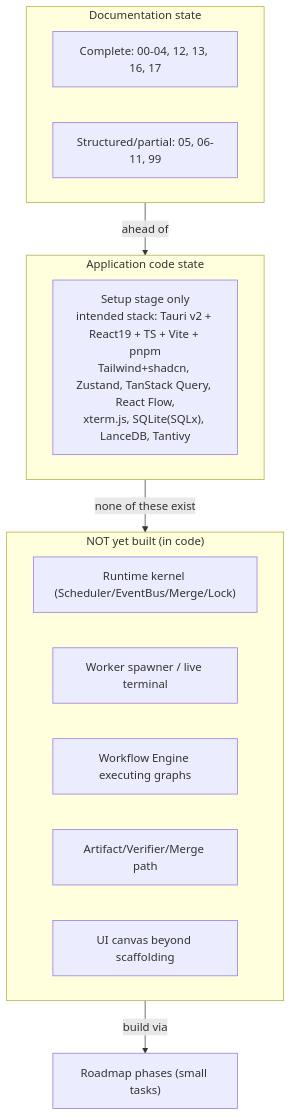
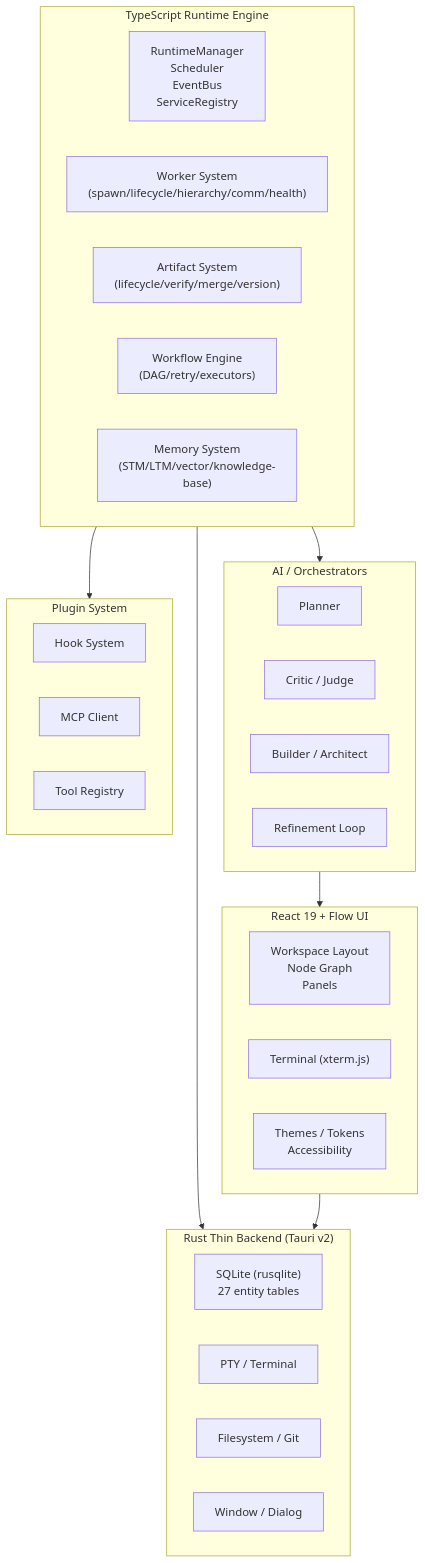
Before and after one commit to MadBlast0/Eulinx: the diagram in Docs/99-ai-context/ProjectState/ProjectState-Diagrams.md, drawn with Mermaid. The commit also changed other lines of this file and 9 other files, not shown here.

````diff
--- a/Docs/99-ai-context/ProjectState/ProjectState-Diagrams.md
+++ b/Docs/99-ai-context/ProjectState/ProjectState-Diagrams.md
@@ -11,20 +11,37 @@
 ```mermaid
 flowchart TD
-  subgraph DOC["Documentation state"]
-    DC["Complete: 00-04, 12, 13, 16, 17"]
-    DP["Structured/partial: 05, 06-11, 99"]
+  subgraph RUNTIME["TypeScript Runtime Engine"]
+    RT["RuntimeManager\nScheduler\nEventBus\nServiceRegistry"]
+    WK["Worker System\n(spawn/lifecycle/hierarchy/comm/health)"]
+    AF["Artifact System\n(lifecycle/verify/merge/version)"]
+    WF["Workflow Engine\n(DAG/retry/executors)"]
+    MEM["Memory System\n(STM/LTM/vector/knowledge-base)"]
   end
-  subgraph CODE["Application code state"]
-    CS["Setup stage only\nintended stack: Tauri v2 + React19 + TS + Vite + pnpm\nTailwind+shadcn, Zustand, TanStack Query, React Flow,\nxterm.js, SQLite(SQLx), LanceDB, Tantivy"]
+  subgraph ORCH["AI / Orchestrators"]
+    PL["Planner"]
+    CR["Critic / Judge"]
+    BL["Builder / Architect"]
+    RL["Refinement Loop"]
   end
-  subgraph NOTBUILT["NOT yet built (in code)"]
-    NB1["Runtime kernel (Scheduler/EventBus/Merge/Lock)"]
-    NB2["Worker spawner / live terminal"]
-    NB3["Workflow Engine executing graphs"]
-    NB4["Artifact/Verifier/Merge path"]
-    NB5["UI canvas beyond scaffolding"]
+  subgraph UI["React 19 + Flow UI"]
+    WS["Workspace Layout\nNode Graph\nPanels"]
+    TERM["Terminal (xterm.js)"]
+    TK["Themes / Tokens\nAccessibility"]
   end
-  DOC -->|"ahead of"| CODE
-  CODE -->|"none of these exist"| NOTBUILT
-  NOTBUILT -->|"build via"| ROAD["Roadmap phases (small tasks)"]
+  subgraph RUST["Rust Thin Backend (Tauri v2)"]
+    DB["SQLite (rusqlite)\n27 entity tables"]
+    PTY["PTY / Terminal"]
+    FS["Filesystem / Git"]
+    WIN["Window / Dialog"]
+  end
+  subgraph PLUGIN["Plugin System"]
+    HK["Hook System"]
+    MCP["MCP Client"]
+    TL["Tool Registry"]
+  end
+  RUNTIME --> ORCH
+  ORCH --> UI
+  RUNTIME --> RUST
+  RUNTIME --> PLUGIN
+  UI --> RUST
 ```
````
